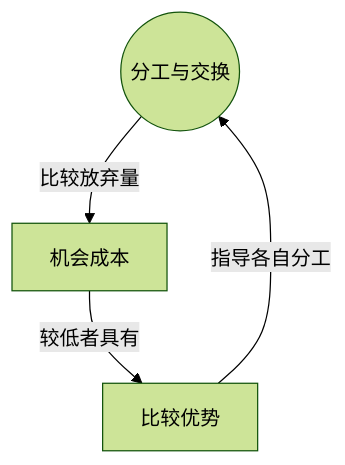
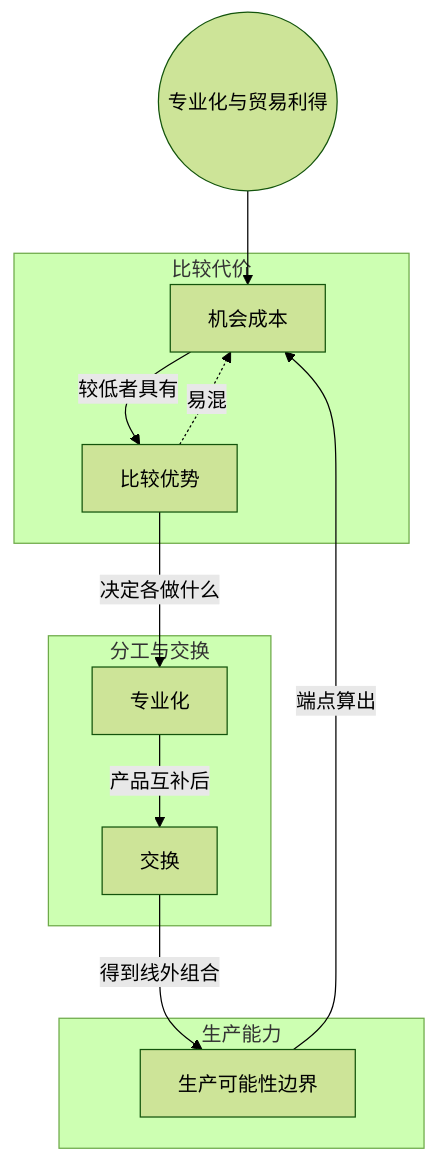
Before and after one commit to lucky-Luor/bilibili-douyin-notes: the diagram in examples/可汗微观经济学-前15集/notes/006-第6讲 比较优势专业化和贸易利得.md, drawn with Mermaid (forest theme). The commit also changed other lines of this file and 18 other files, not shown here.

````diff
--- a/examples/可汗微观经济学-前15集/notes/006-第6讲 比较优势专业化和贸易利得.md
+++ b/examples/可汗微观经济学-前15集/notes/006-第6讲 比较优势专业化和贸易利得.md
@@ -35,6 +100,18 @@
 ```mermaid
 graph TD
-  R((分工与交换)) -->|比较放弃量| O[机会成本]
-  O -->|较低者具有| C[比较优势]
-  C -->|指导各自分工| R
+  R((专业化与贸易利得))
+  subgraph 生产能力
+    PPF[生产可能性边界]
+  end
+  subgraph 比较代价
+    OC[机会成本] -->|较低者具有| CA[比较优势]
+  end
+  subgraph 分工与交换
+    SP[专业化] -->|产品互补后| TR[交换]
+  end
+  R --> OC
+  PPF -->|端点算出| OC
+  CA -->|决定各做什么| SP
+  TR -->|得到线外组合| PPF
+  CA -.->|易混| OC
 ```
````
